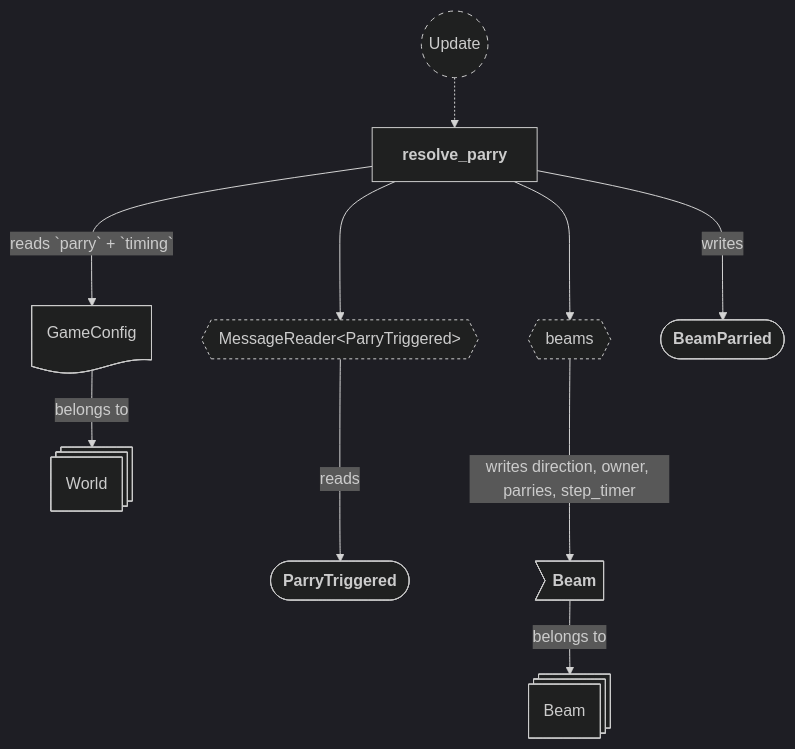
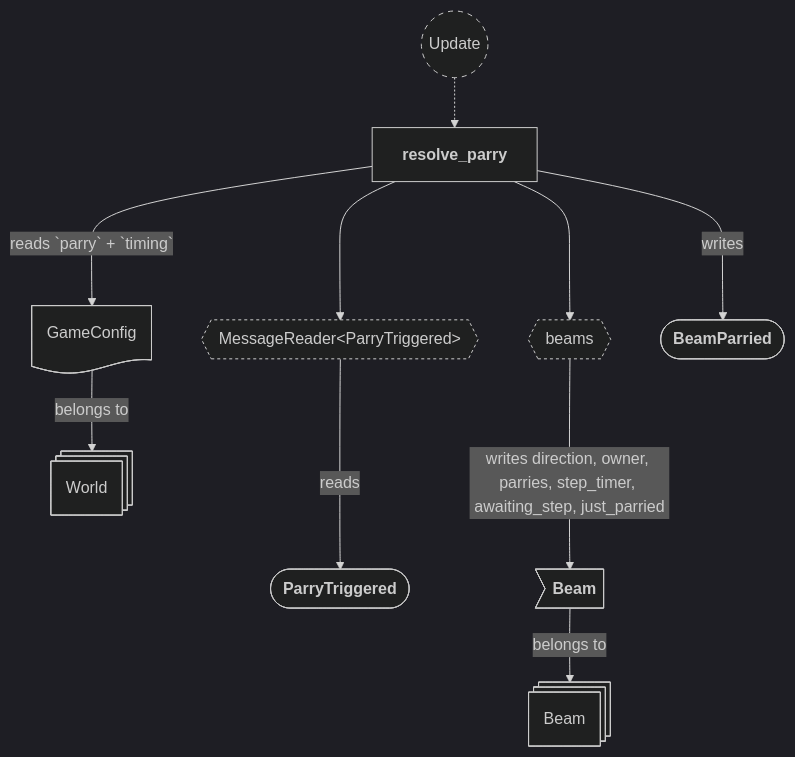
Before and after one commit to neurosoup/tyled: diagram 13 of 15 in backlog/docs/doc-7 - 006-Beam-plugin.md, drawn with Mermaid. The commit also changed other lines of this file and 6 other files, not shown here.

````diff
--- a/backlog/docs/doc-7 - 006-Beam-plugin.md
+++ b/backlog/docs/doc-7 - 006-Beam-plugin.md
@@ -449,36 +451,36 @@
 ```mermaid
 ---
 config:
   theme: dark
 ---
 
 flowchart TD
 classDef system-group stroke-dasharray: 5 5
 classDef reader stroke-dasharray: 3 3
 classDef query stroke-dasharray: 3 3
 
 update(("`Update`")):::system-group
 resolve_parry["`**resolve_parry**`"]
 
 update -.-> resolve_parry
 
 message_reader{{"MessageReader#60;ParryTriggered#62;"}}:::reader
 resolve_parry ---> message_reader
 parry_triggered_message(["`**ParryTriggered**`"])
 message_reader ---> |reads| parry_triggered_message
 
 beams_query{{"`beams`"}}:::query
 resolve_parry ---> beams_query
 
 beam_entity@{ shape: st-rect, label: "Beam" }
 be_beam>"`**Beam**`"] --> |belongs to| beam_entity
-beams_query ---> |"writes direction, owner, parries, step_timer"| be_beam
+beams_query ---> |"writes direction, owner, parries, step_timer, awaiting_step, just_parried"| be_beam
 
 world@{ shape: st-rect, label: "World" }
 config_res@{ shape: doc, label: "GameConfig" }
 config_res --> |belongs to| world
 resolve_parry ---> |reads `parry` + `timing`| config_res
 
 beam_parried_message(["`**BeamParried**`"])
 resolve_parry ---> |writes| beam_parried_message
 ```
````
